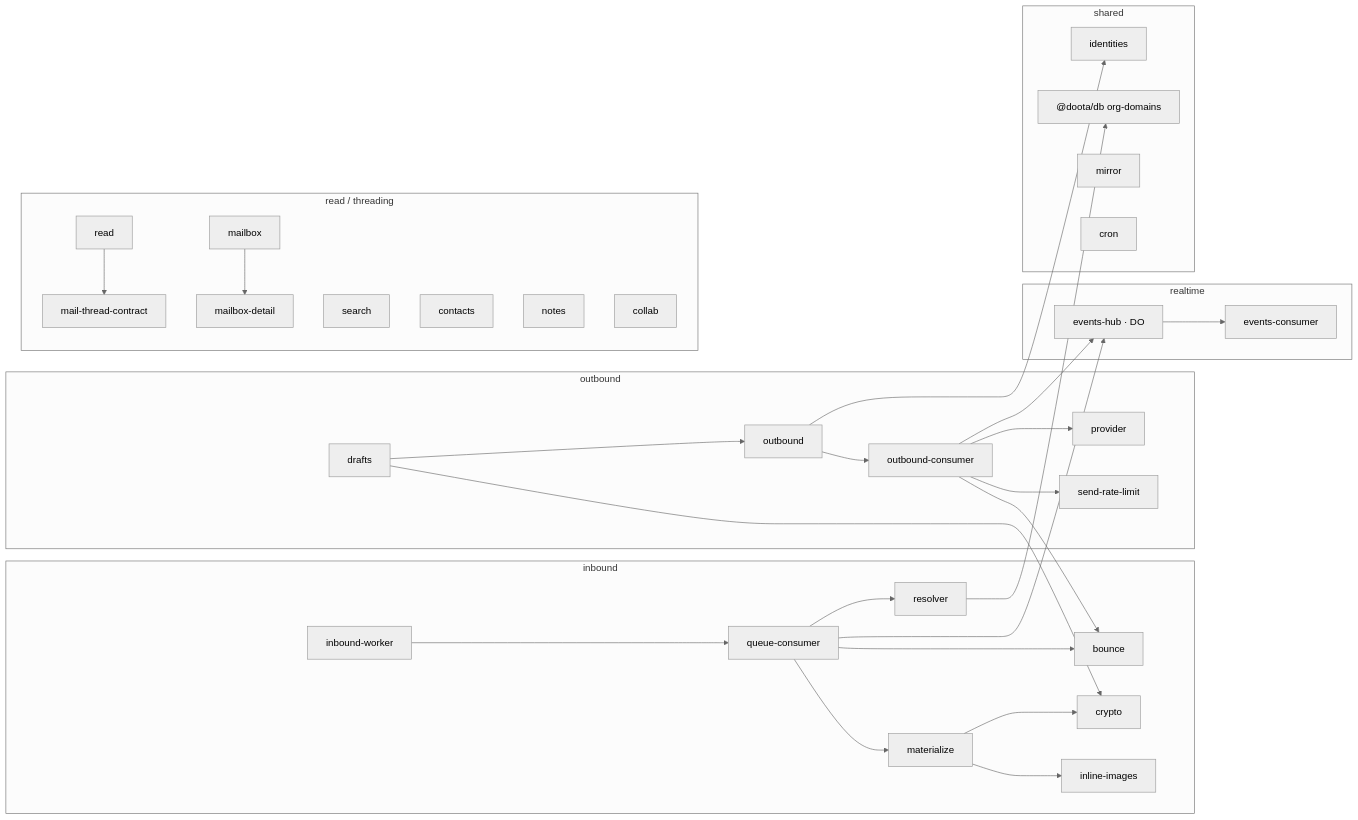
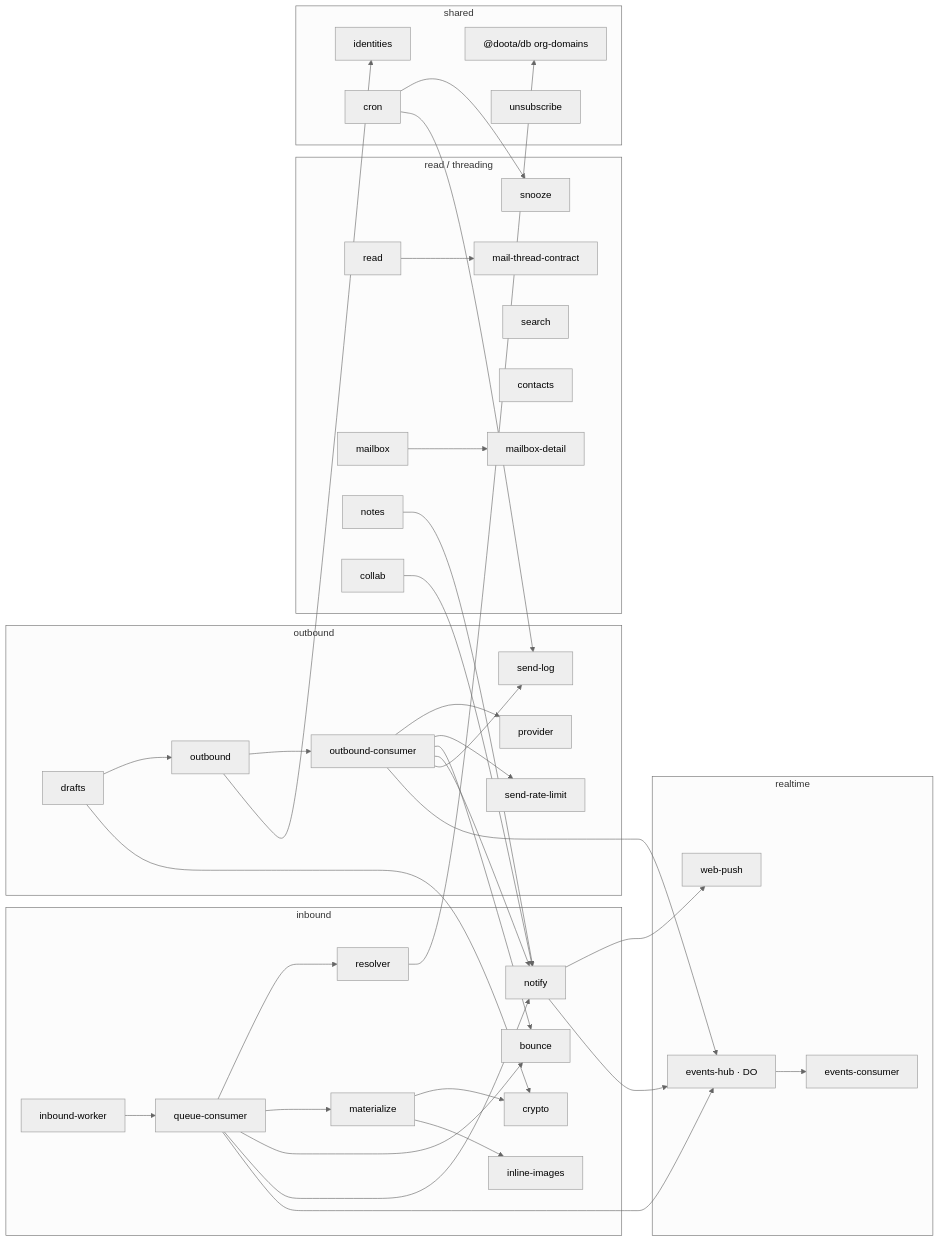
Before and after one commit to etherCorps/doota: the fifth of 5 diagrams in docs/architecture-diagrams.md, drawn with Mermaid (neutral theme). The commit also changed other lines of this file and 15 other files, not shown here.

First line of the commit message:
docs: rewrite internal docs current + refresh public docs with logo'd architecture

````diff
--- a/docs/architecture-diagrams.md
+++ b/docs/architecture-diagrams.md
@@ -463,42 +569,50 @@
 ```mermaid
 flowchart LR
     subgraph inbound
         iw[inbound-worker] --> qc[queue-consumer]
         qc --> resolver
         qc --> materialize
         qc --> bounce
+        qc --> notify
         materialize --> crypto
         materialize --> inline-images
     end
     subgraph outbound
         ob[outbound] --> oc[outbound-consumer]
         oc --> provider
         oc --> send-rate-limit
         oc --> bounce
+        oc --> notify
+        oc --> send-log
         drafts --> ob
     end
     subgraph read_layer["read / threading"]
         read --> mail-thread-contract
         mailbox --> mailbox-detail
         search
         contacts
-        notes
-        collab
+        notes --> notify
+        collab --> notify
+        snooze
     end
     subgraph realtime
         events-hub[events-hub · DO] --> events-consumer
+        notify --> web-push
     end
     subgraph shared
         crypto
         identities
         org-domains["@doota/db org-domains"]
-        mirror
+        unsubscribe
         cron
     end
 
     oc --> events-hub
     qc --> events-hub
+    notify --> events-hub
     resolver --> org-domains
     ob --> identities
     drafts --> crypto
+    cron --> snooze
+    cron --> send-log
 ```
````
